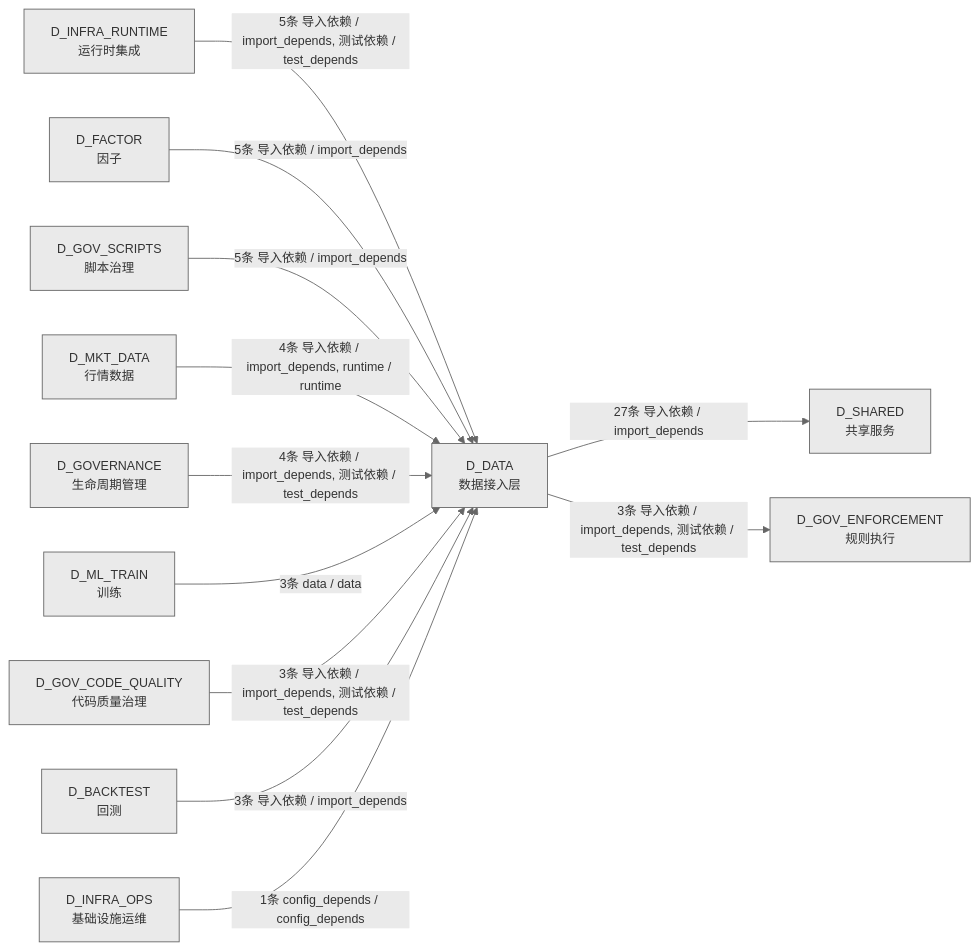
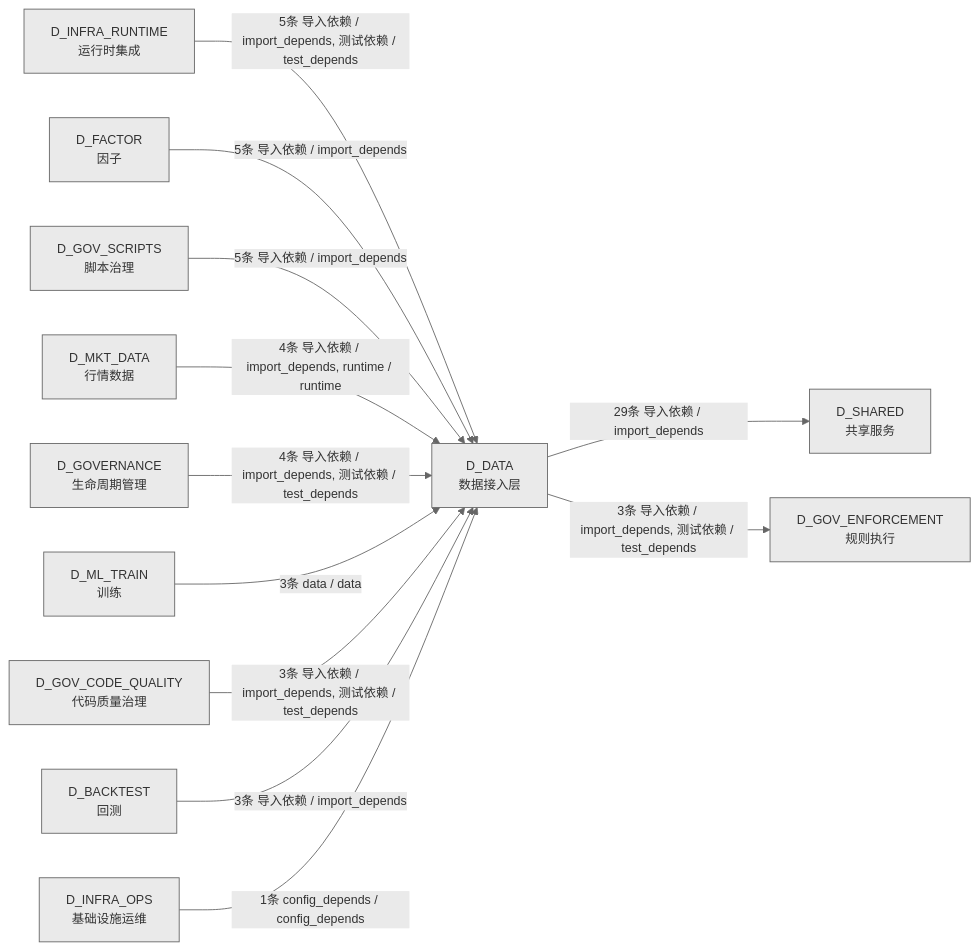
The fourth of 4 diagrams in docs/02_enterprise_architecture/02_domain_architecture_docs/11_d_data.md (xuanFelixVan/ZephyrAlpha), drawn with Mermaid before and after one commit. The commit also changed other lines of this file and 56 other files, not shown here.

````diff
--- a/docs/02_enterprise_architecture/02_domain_architecture_docs/11_d_data.md
+++ b/docs/02_enterprise_architecture/02_domain_architecture_docs/11_d_data.md
@@ -1441,27 +1455,27 @@
 ```mermaid
 %%{init: {'theme': 'base', 'themeVariables': {'primaryColor': '#eaeaea', 'primaryTextColor': '#333333', 'primaryBorderColor': '#666666', 'lineColor': '#666666', 'secondaryColor': '#eaeaea', 'tertiaryColor': '#eaeaea', 'fontSize': '14px'}}}%%
 graph LR
     D_DATA["D_DATA<br/>数据接入层"]
     D_SHARED["D_SHARED<br/>共享服务"]
     D_GOV_ENFORCEMENT["D_GOV_ENFORCEMENT<br/>规则执行"]
     D_INFRA_RUNTIME["D_INFRA_RUNTIME<br/>运行时集成"]
     D_FACTOR["D_FACTOR<br/>因子"]
     D_GOV_SCRIPTS["D_GOV_SCRIPTS<br/>脚本治理"]
     D_MKT_DATA["D_MKT_DATA<br/>行情数据"]
     D_GOVERNANCE["D_GOVERNANCE<br/>生命周期管理"]
     D_ML_TRAIN["D_ML_TRAIN<br/>训练"]
     D_GOV_CODE_QUALITY["D_GOV_CODE_QUALITY<br/>代码质量治理"]
     D_BACKTEST["D_BACKTEST<br/>回测"]
     D_INFRA_OPS["D_INFRA_OPS<br/>基础设施运维"]
-    D_DATA -->|27条 导入依赖 / import_depends| D_SHARED
+    D_DATA -->|29条 导入依赖 / import_depends| D_SHARED
     D_DATA -->|3条 导入依赖 / import_depends, 测试依赖 / test_depends| D_GOV_ENFORCEMENT
     D_INFRA_RUNTIME -->|5条 导入依赖 / import_depends, 测试依赖 / test_depends| D_DATA
     D_FACTOR -->|5条 导入依赖 / import_depends| D_DATA
     D_GOV_SCRIPTS -->|5条 导入依赖 / import_depends| D_DATA
     D_MKT_DATA -->|4条 导入依赖 / import_depends, runtime / runtime| D_DATA
     D_GOVERNANCE -->|4条 导入依赖 / import_depends, 测试依赖 / test_depends| D_DATA
     D_ML_TRAIN -->|3条 data / data| D_DATA
     D_GOV_CODE_QUALITY -->|3条 导入依赖 / import_depends, 测试依赖 / test_depends| D_DATA
     D_BACKTEST -->|3条 导入依赖 / import_depends| D_DATA
     D_INFRA_OPS -->|1条 config_depends / config_depends| D_DATA
 ```
````
